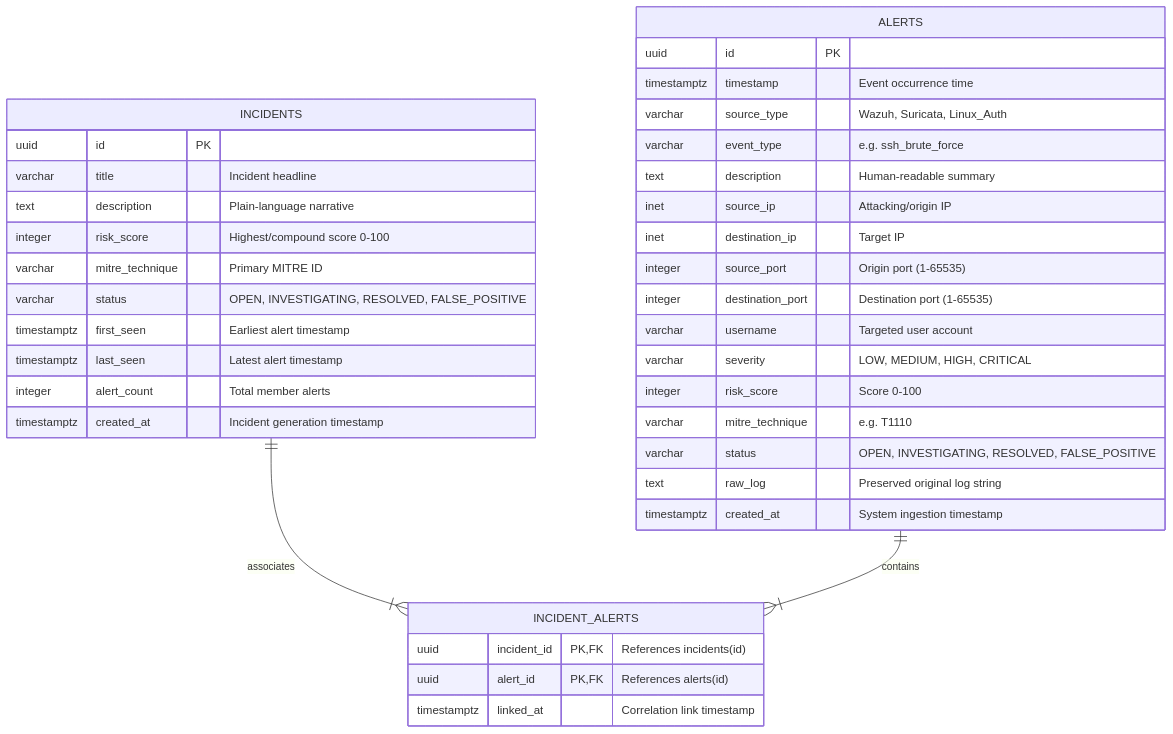
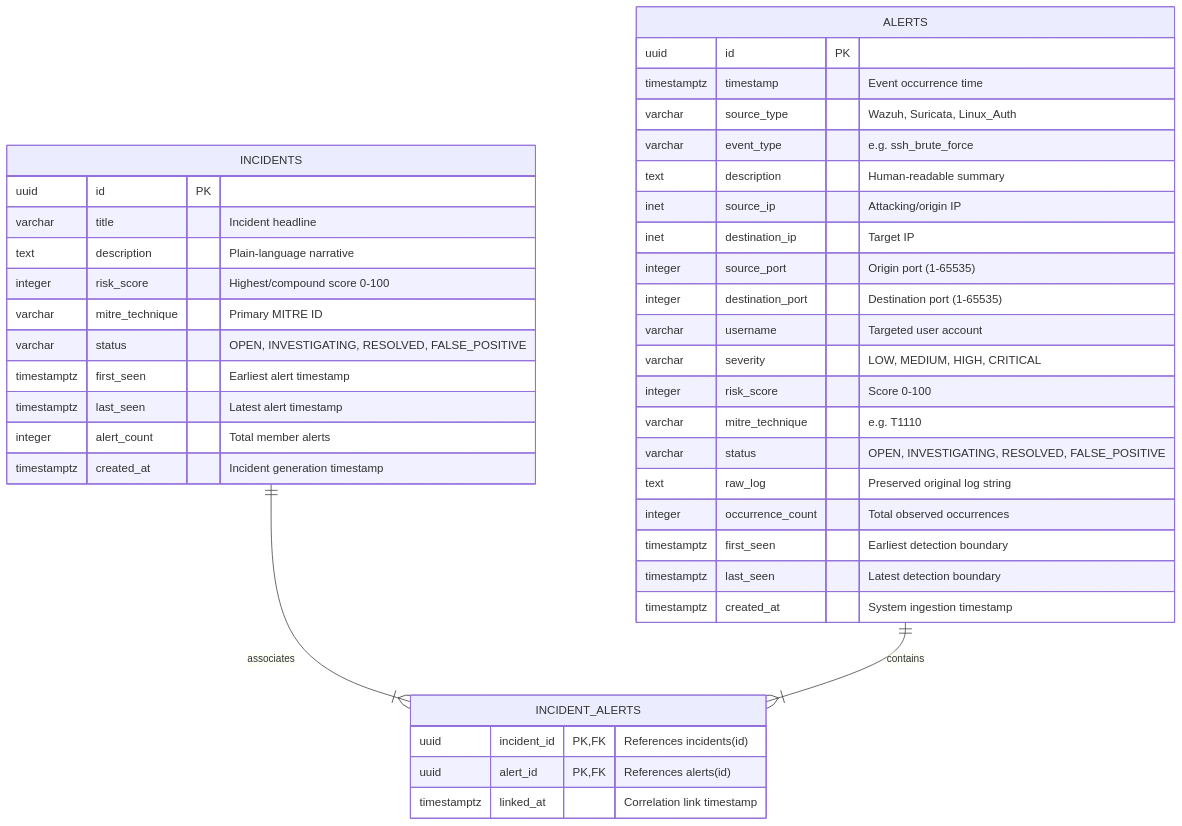
Before and after one commit to AeintKyiPyarSoe/SOC_Alert_Analyzer: the diagram in docs/database_design.md, drawn with Mermaid. The commit also changed other lines of this file and 1 other file, not shown here.

Commit message:
docs: update database schema specs and test output claims to 211 tests

````diff
--- a/docs/database_design.md
+++ b/docs/database_design.md
@@ -28,43 +28,46 @@
 ```mermaid
 erDiagram
     INCIDENTS ||--|{ INCIDENT_ALERTS : associates
     ALERTS ||--|{ INCIDENT_ALERTS : contains
 
     ALERTS {
         uuid id PK
         timestamptz timestamp "Event occurrence time"
         varchar source_type "Wazuh, Suricata, Linux_Auth"
         varchar event_type "e.g. ssh_brute_force"
         text description "Human-readable summary"
         inet source_ip "Attacking/origin IP"
         inet destination_ip "Target IP"
         integer source_port "Origin port (1-65535)"
         integer destination_port "Destination port (1-65535)"
         varchar username "Targeted user account"
         varchar severity "LOW, MEDIUM, HIGH, CRITICAL"
         integer risk_score "Score 0-100"
         varchar mitre_technique "e.g. T1110"
         varchar status "OPEN, INVESTIGATING, RESOLVED, FALSE_POSITIVE"
         text raw_log "Preserved original log string"
+        integer occurrence_count "Total observed occurrences"
+        timestamptz first_seen "Earliest detection boundary"
+        timestamptz last_seen "Latest detection boundary"
         timestamptz created_at "System ingestion timestamp"
     }
 
     INCIDENTS {
         uuid id PK
         varchar title "Incident headline"
         text description "Plain-language narrative"
         integer risk_score "Highest/compound score 0-100"
         varchar mitre_technique "Primary MITRE ID"
         varchar status "OPEN, INVESTIGATING, RESOLVED, FALSE_POSITIVE"
         timestamptz first_seen "Earliest alert timestamp"
         timestamptz last_seen "Latest alert timestamp"
         integer alert_count "Total member alerts"
         timestamptz created_at "Incident generation timestamp"
     }
 
     INCIDENT_ALERTS {
         uuid incident_id PK, FK "References incidents(id)"
         uuid alert_id PK, FK "References alerts(id)"
         timestamptz linked_at "Correlation link timestamp"
     }
 ```
````
